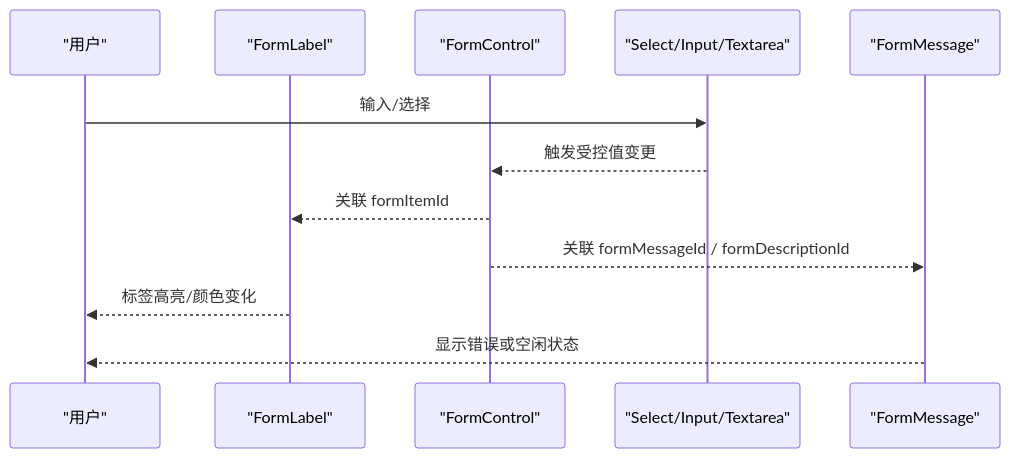
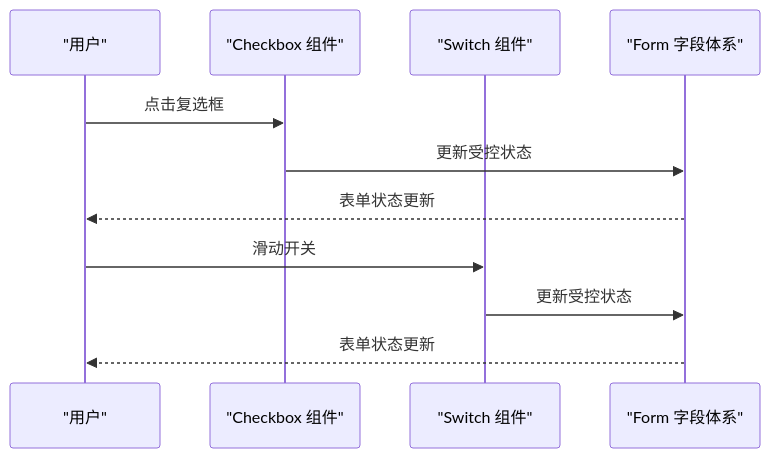
Before and after one commit to RadiumAg/bilibili-favorites: the second of 8 diagrams in .qoder/repowiki/zh/content/UI组件系统/表单组件.md, drawn with Mermaid. The commit also changed other lines of this file and 27 other files, not shown here.

````diff
--- a/.qoder/repowiki/zh/content/UI组件系统/表单组件.md
+++ b/.qoder/repowiki/zh/content/UI组件系统/表单组件.md
@@ -123,14 +180,13 @@
 ```mermaid
 sequenceDiagram
 participant U as "用户"
-participant L as "FormLabel"
-participant C as "FormControl"
-participant S as "Select/Input/Textarea"
-participant M as "FormMessage"
-U->>S : 输入/选择
-S-->>C : 触发受控值变更
-C-->>L : 关联 formItemId
-C-->>M : 关联 formMessageId / formDescriptionId
-L-->>U : 标签高亮/颜色变化
-M-->>U : 显示错误或空闲状态
+participant CB as "Checkbox 组件"
+participant SW as "Switch 组件"
+participant F as "Form 字段体系"
+U->>CB : 点击复选框
+CB->>F : 更新受控状态
+F-->>U : 表单状态更新
+U->>SW : 滑动开关
+SW->>F : 更新受控状态
+F-->>U : 表单状态更新
 ```
````
